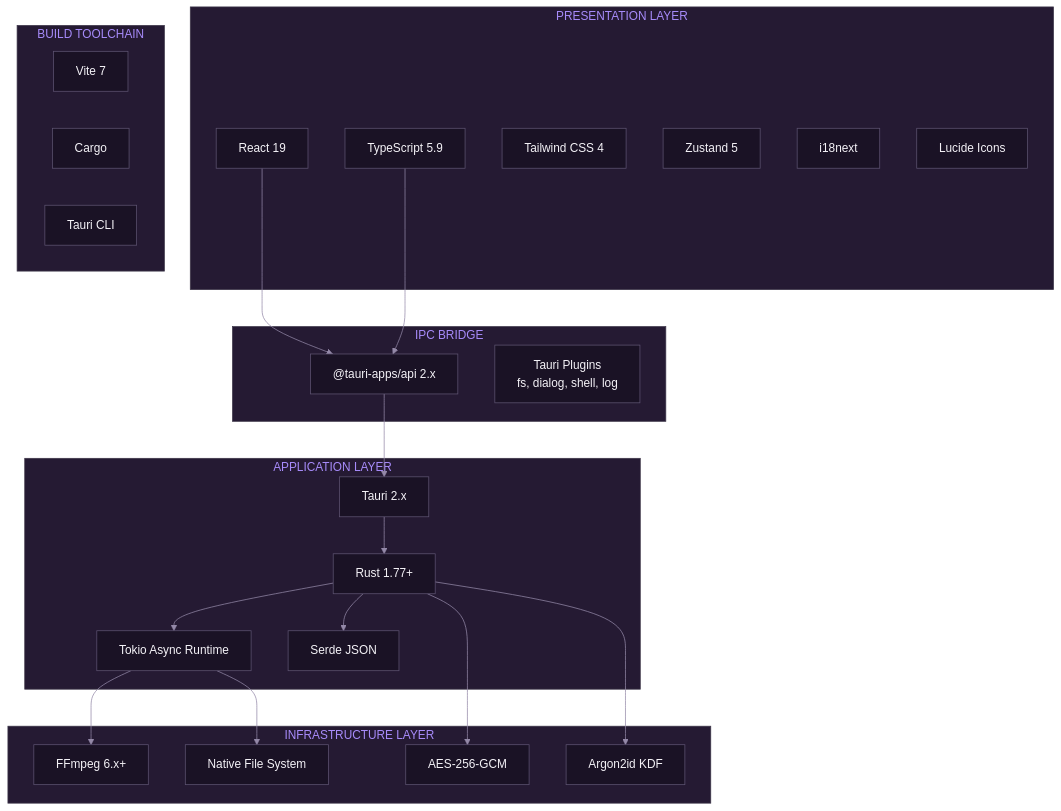
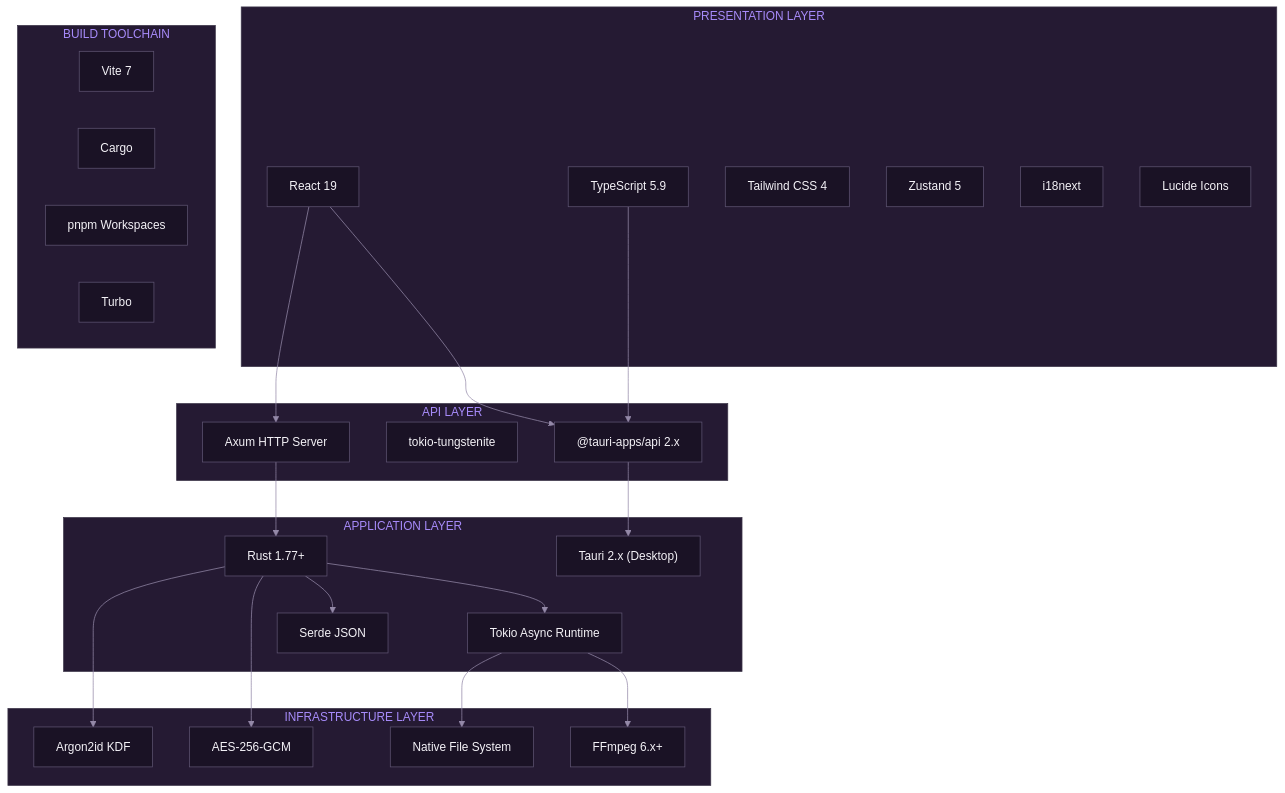
The third of 3 diagrams in docs/01-architecture/01-system-overview.md (ScopeCreep-zip/SpiritStream), drawn with Mermaid before and after one commit. The commit also changed other lines of this file and 13 other files, not shown here.

````diff
--- a/docs/01-architecture/01-system-overview.md
+++ b/docs/01-architecture/01-system-overview.md
@@ -229,63 +324,66 @@
 ```mermaid
 %%{init: {'theme': 'base', 'themeVariables': {
   'primaryColor': '#3D3649',
   'primaryTextColor': '#F4F2F7',
   'primaryBorderColor': '#7C3AED',
   'lineColor': '#9489A8',
   'secondaryColor': '#251A33',
   'tertiaryColor': '#1A1225',
   'background': '#0F0A14',
   'mainBkg': '#1A1225',
   'nodeBorder': '#5E5472',
   'clusterBkg': '#251A33',
   'clusterBorder': '#3D3649',
   'titleColor': '#A78BFA',
   'edgeLabelBackground': '#1A1225',
   'textColor': '#F4F2F7'
 }}}%%
 flowchart TB
     subgraph Presentation["PRESENTATION LAYER"]
         React["React 19"]
         TS["TypeScript 5.9"]
         Tailwind["Tailwind CSS 4"]
         Zustand["Zustand 5"]
         i18next["i18next"]
         Lucide["Lucide Icons"]
     end
 
-    subgraph Bridge["IPC BRIDGE"]
+    subgraph APILayer["API LAYER"]
+        Axum["Axum HTTP Server"]
+        WebSocket["tokio-tungstenite"]
         TauriAPI["@tauri-apps/api 2.x"]
-        TauriPlugins["Tauri Plugins<br/>fs, dialog, shell, log"]
     end
 
     subgraph Application["APPLICATION LAYER"]
         Rust["Rust 1.77+"]
-        Tauri["Tauri 2.x"]
+        Tauri["Tauri 2.x (Desktop)"]
         Tokio["Tokio Async Runtime"]
         Serde["Serde JSON"]
     end
 
     subgraph Infrastructure["INFRASTRUCTURE LAYER"]
         FFmpeg2["FFmpeg 6.x+"]
         AES["AES-256-GCM"]
         Argon2["Argon2id KDF"]
         FileSystem["Native File System"]
     end
 
     subgraph Build["BUILD TOOLCHAIN"]
         Vite["Vite 7"]
         Cargo["Cargo"]
-        TauriCLI["Tauri CLI"]
+        pnpm["pnpm Workspaces"]
+        Turbo["Turbo"]
     end
 
     React --> TauriAPI
+    React --> Axum
     TS --> TauriAPI
     TauriAPI --> Tauri
-    Tauri --> Rust
+    Axum --> Rust
     Rust --> Tokio
     Rust --> Serde
     Tokio --> FFmpeg2
     Tokio --> FileSystem
     Rust --> AES
     Rust --> Argon2
 ```
````
